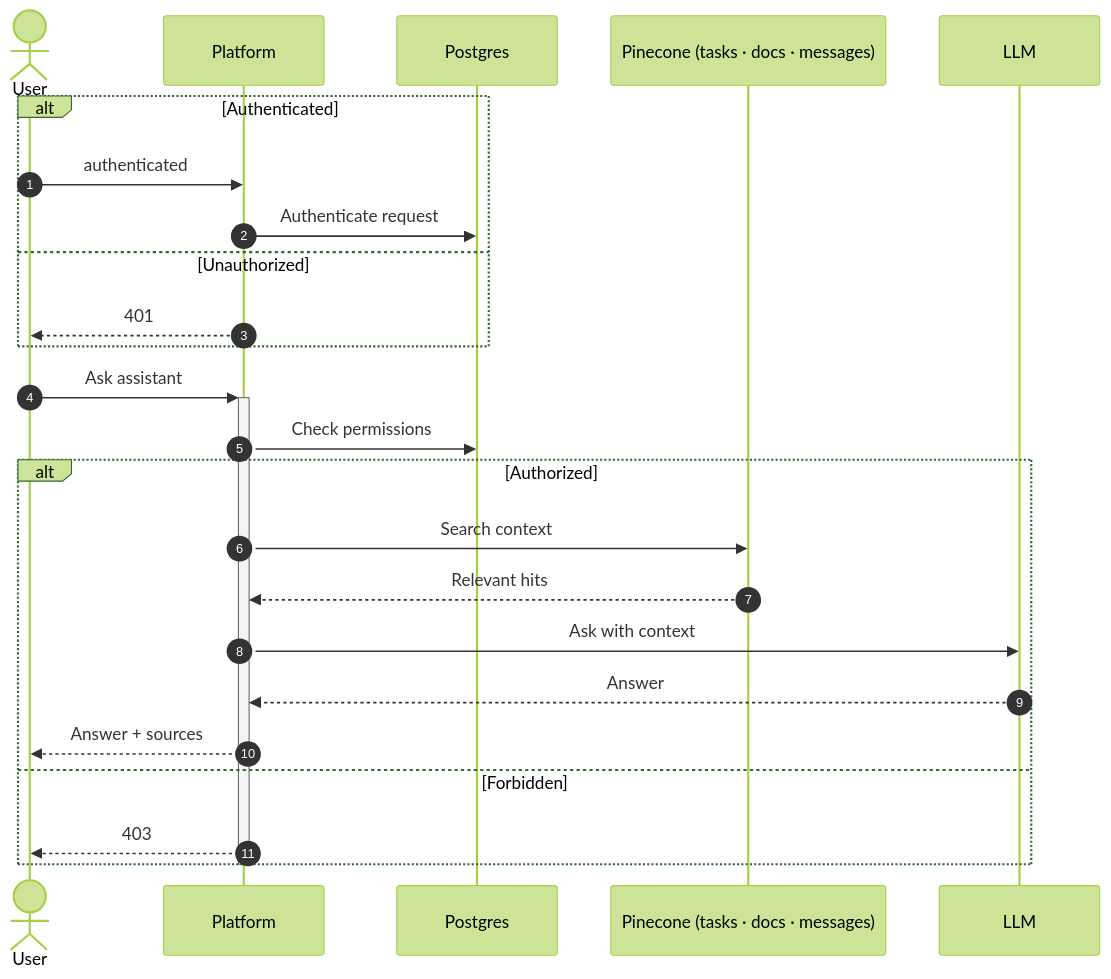
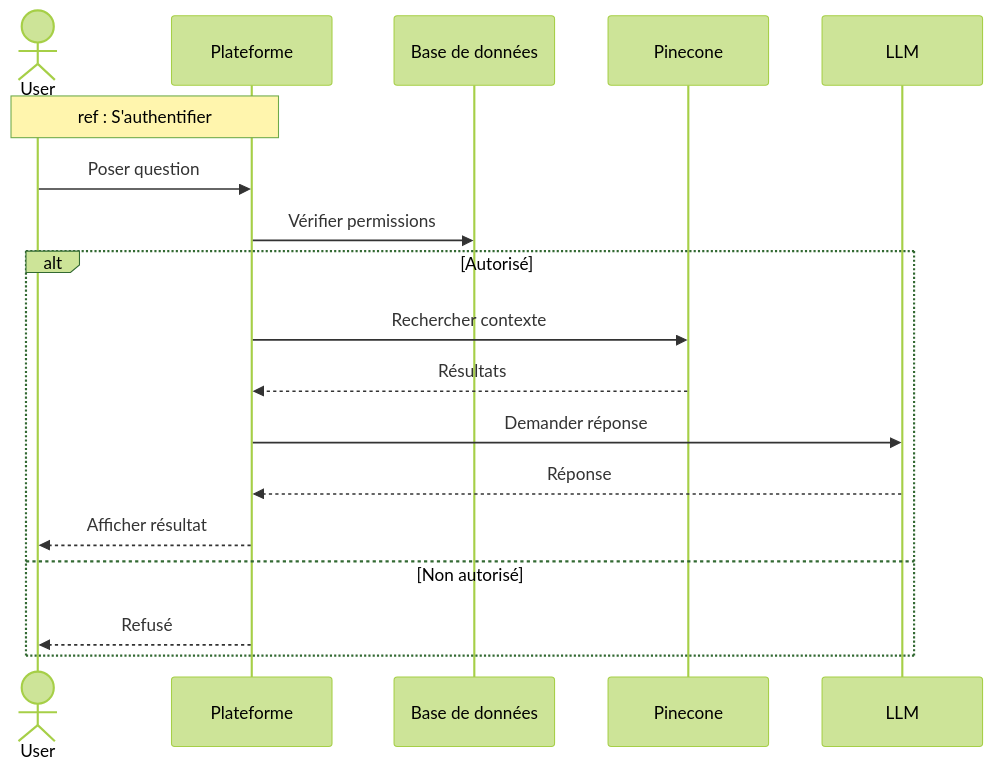
One commit to MohamedChebbi123/teamnest changed diagram 14 of 16 in docs/SEQUENCE_DIAGRAMS.md. Above: the diagram before and after it, drawn with Mermaid (forest theme). The commit also changed other lines of this file, not shown here.

````diff
--- a/docs/SEQUENCE_DIAGRAMS.md
+++ b/docs/SEQUENCE_DIAGRAMS.md
@@ -495,29 +416,22 @@
 ```mermaid
 sequenceDiagram
-    autonumber
     actor User
-    participant API as Platform
-    participant DB as Postgres
-    participant Vec as Pinecone (tasks · docs · messages)
+    participant API as Plateforme
+    participant DB as Base de données
+    participant Vec as Pinecone
     participant LLM
 
-    alt Authenticated
-        User->>API: authenticated
-        API->>DB: Authenticate request
-    else Unauthorized
-        API-->>User: 401
+    Note over User,API: ref : S'authentifier
+
+    User->>API: Poser question
+    API->>DB: Vérifier permissions
+    alt Autorisé
+        API->>Vec: Rechercher contexte
+        Vec-->>API: Résultats
+        API->>LLM: Demander réponse
+        LLM-->>API: Réponse
+        API-->>User: Afficher résultat
+    else Non autorisé
+        API-->>User: Refusé
     end
-
-    User->>+API: Ask assistant
-    API->>DB: Check permissions
-    alt Authorized
-        API->>Vec: Search context
-        Vec-->>API: Relevant hits
-        API->>LLM: Ask with context
-        LLM-->>API: Answer
-        API-->>User: Answer + sources
-    else Forbidden
-        API-->>User: 403
-    end
-    deactivate API
 ```
````
